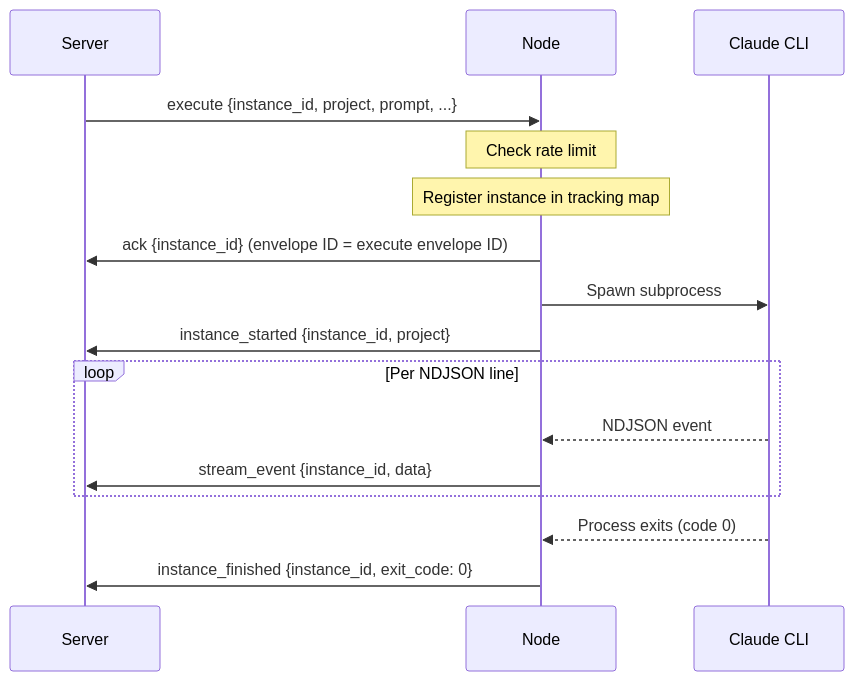
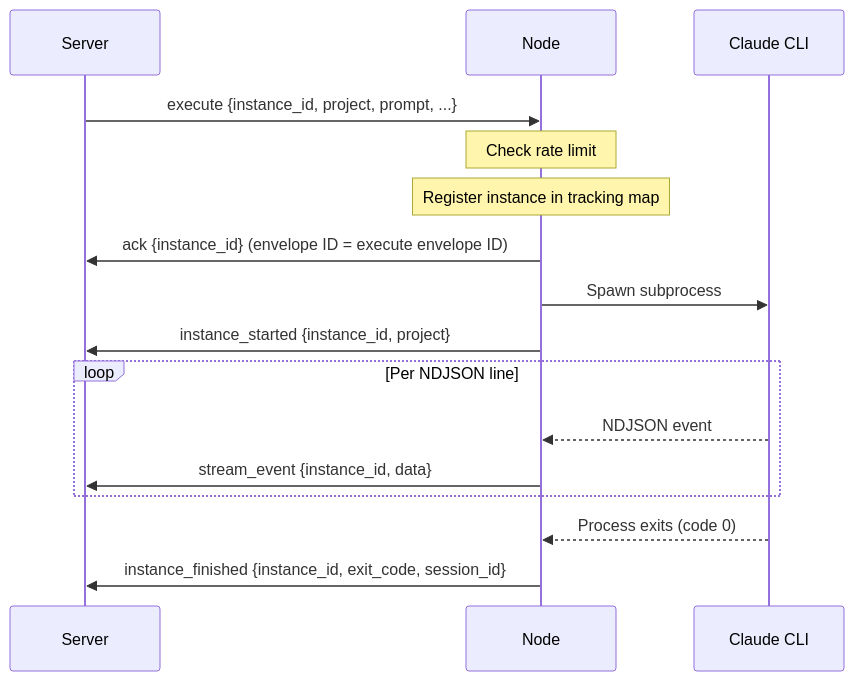
One commit to thejoshtaylor/glsd-node changed the second of 5 diagrams in docs/protocol-spec.md. Above: the diagram before and after it, drawn with Mermaid. The commit also changed other lines of this file and 1 other file, not shown here.

First line of the commit message:
docs(16-01): update protocol and server specs for InstanceFinished session_id

````diff
--- a/docs/protocol-spec.md
+++ b/docs/protocol-spec.md
@@ -467,19 +469,19 @@
 ```mermaid
 sequenceDiagram
     participant Server
     participant Node
     participant CLI as Claude CLI
 
     Server->>Node: execute {instance_id, project, prompt, ...}
     Note over Node: Check rate limit
     Note over Node: Register instance in tracking map
     Node->>Server: ack {instance_id} (envelope ID = execute envelope ID)
     Node->>CLI: Spawn subprocess
     Node->>Server: instance_started {instance_id, project}
     loop Per NDJSON line
         CLI-->>Node: NDJSON event
         Node->>Server: stream_event {instance_id, data}
     end
     CLI-->>Node: Process exits (code 0)
-    Node->>Server: instance_finished {instance_id, exit_code: 0}
+    Node->>Server: instance_finished {instance_id, exit_code, session_id}
 ```
````
